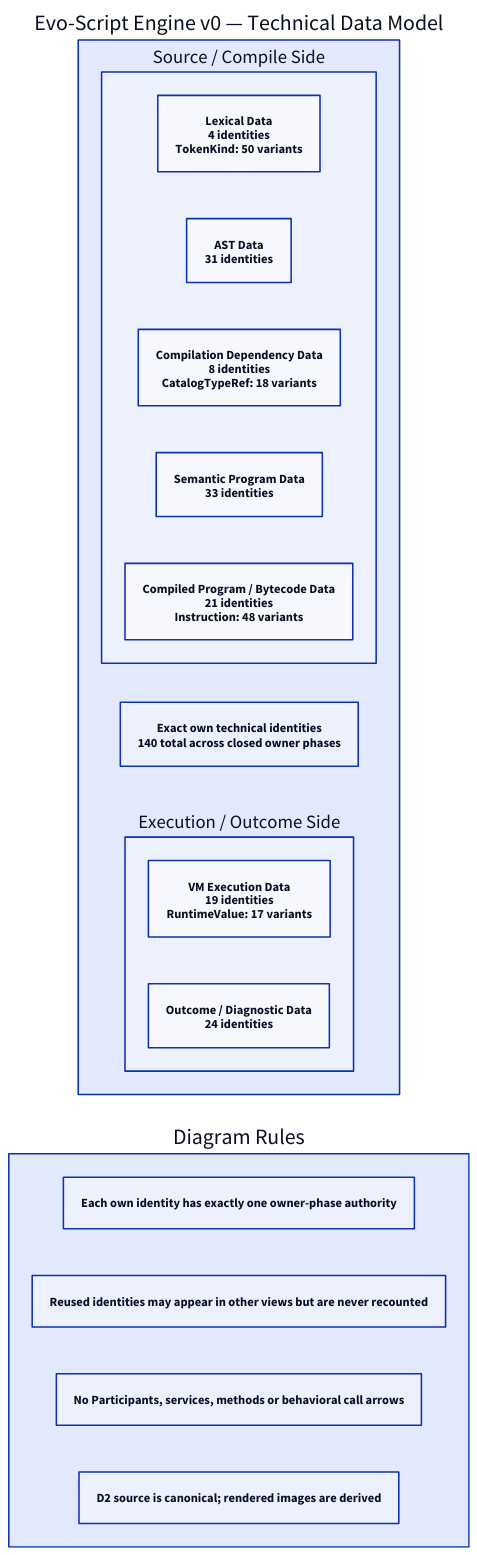
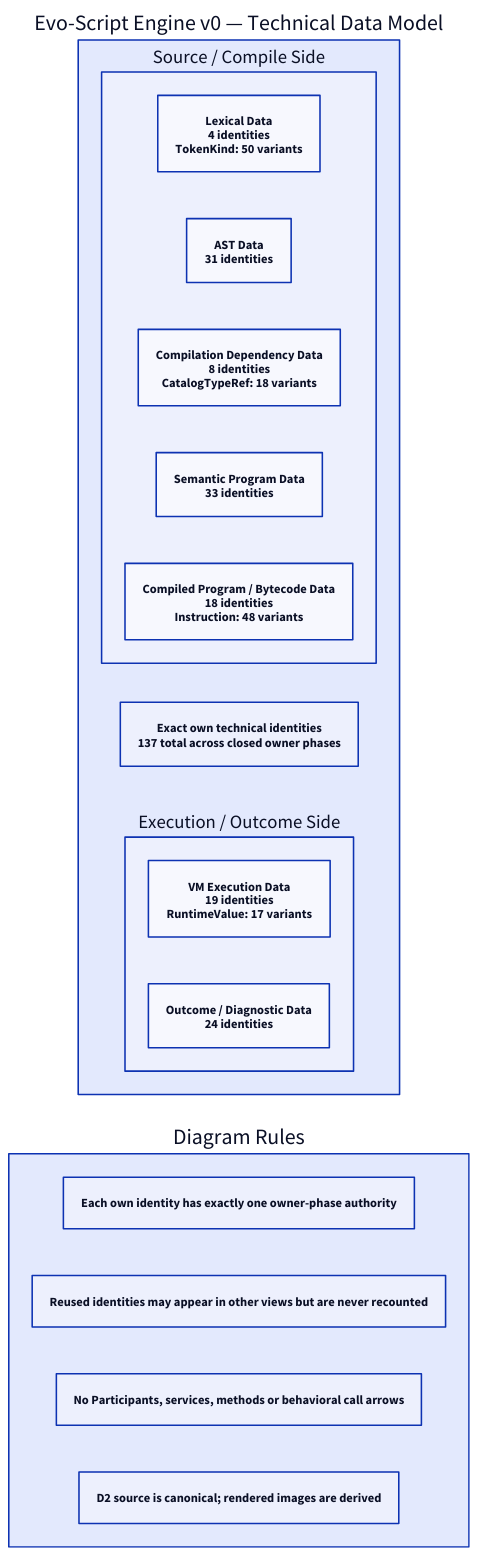
One commit to niqel/evolution changed the diagram in evo-script-engine/docs/technical/data-diagram/00-overview.d2. Above: the diagram before and after it, drawn with D2. The commit also changed 3 other files, not shown here.

Commit message:
docs(evo-script-engine): reconcile technical data diagrams

```diff
--- a/evo-script-engine/docs/technical/data-diagram/00-overview.d2
+++ b/evo-script-engine/docs/technical/data-diagram/00-overview.d2
@@ -1,53 +1,53 @@
 direction: right
 
 technical_data_model: {
   label: "Evo-Script Engine v0 — Technical Data Model"
 
   source_compile_side: {
     label: "Source / Compile Side"
 
     lexical: {
       label: "Lexical Data\n4 identities\nTokenKind: 50 variants"
     }
 
     ast: {
       label: "AST Data\n31 identities"
     }
 
     compilation_dependency: {
       label: "Compilation Dependency Data\n8 identities\nCatalogTypeRef: 18 variants"
     }
 
     semantic: {
       label: "Semantic Program Data\n33 identities"
     }
 
     compiled: {
-      label: "Compiled Program / Bytecode Data\n21 identities\nInstruction: 48 variants"
+      label: "Compiled Program / Bytecode Data\n18 identities\nInstruction: 48 variants"
     }
   }
 
   execution_side: {
     label: "Execution / Outcome Side"
 
     vm: {
       label: "VM Execution Data\n19 identities\nRuntimeValue: 17 variants"
     }
 
     outcome: {
       label: "Outcome / Diagnostic Data\n24 identities"
     }
   }
 
   total: {
-    label: "Exact own technical identities\n140 total across closed owner phases"
+    label: "Exact own technical identities\n137 total across closed owner phases"
   }
 }
 
 notes: {
   label: "Diagram Rules"
   owner_rule: "Each own identity has exactly one owner-phase authority"
   reused_rule: "Reused identities may appear in other views but are never recounted"
   behavior_rule: "No Participants, services, methods or behavioral call arrows"
   authority_rule: "D2 source is canonical; rendered images are derived"
 }
```
